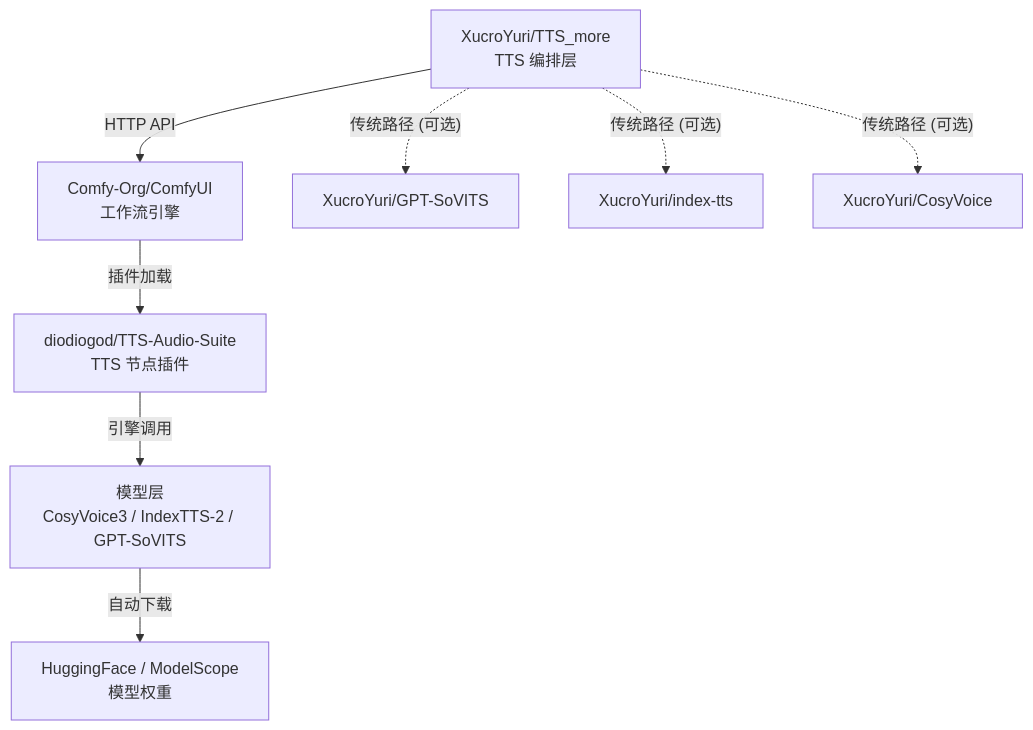
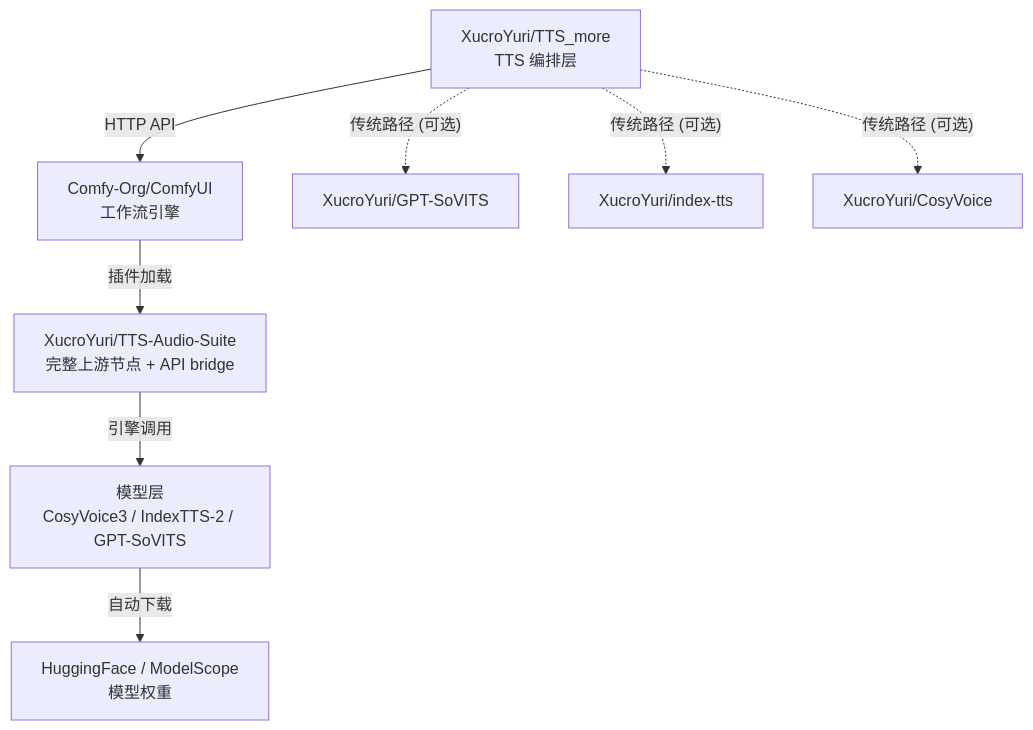
One commit to XucroYuri/TTS_more changed the second of 2 diagrams in docs/comfyui-integration.md. Above: the diagram before and after it, drawn with Mermaid. The commit also changed other lines of this file and 5 other files, not shown here.

Commit message:
feat(comfyui): use TTS Audio Suite bridge contract

````diff
--- a/docs/comfyui-integration.md
+++ b/docs/comfyui-integration.md
@@ -225,10 +225,10 @@
 ```mermaid
 flowchart TD
     TM["XucroYuri/TTS_more<br/>TTS 编排层"] -- "HTTP API" --> CF["Comfy-Org/ComfyUI<br/>工作流引擎"]
-    CF -- "插件加载" --> TAS["diodiogod/TTS-Audio-Suite<br/>TTS 节点插件"]
+    CF -- "插件加载" --> TAS["XucroYuri/TTS-Audio-Suite<br/>完整上游节点 + API bridge"]
     TAS -- "引擎调用" --> M["模型层<br/>CosyVoice3 / IndexTTS-2 / GPT-SoVITS"]
     M -- "自动下载" --> DL["HuggingFace / ModelScope<br/>模型权重"]
     TM -. "传统路径 (可选)" .-> GS["XucroYuri/GPT-SoVITS"]
     TM -. "传统路径 (可选)" .-> IT["XucroYuri/index-tts"]
     TM -. "传统路径 (可选)" .-> CV["XucroYuri/CosyVoice"]
 ```
````
